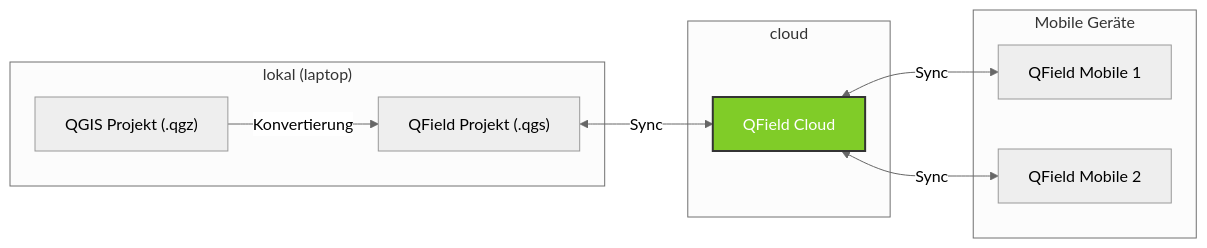
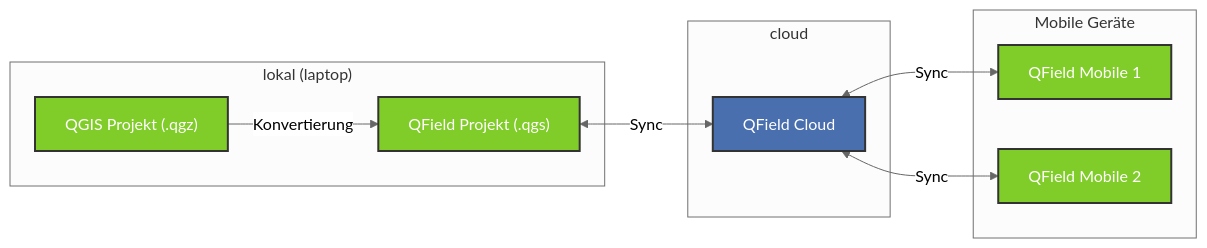
The diagram in synchronisierung.qmd (QField-ZHAW/QField-ZHAW.github.io), drawn with Mermaid (neutral theme) before and after one commit. The commit also changed other lines of this file and 1 other file, not shown here.

````diff
--- a/synchronisierung.qmd
+++ b/synchronisierung.qmd
@@ -11,21 +11,25 @@
 ```{mermaid}
 %%| label: fig-flow
 %%| fig-cap: "Grundsätzlicher Workflow und das Zusammenspiel von Laptop, Cloud und Mobile"
 flowchart LR
  subgraph lokal["lokal (laptop)"]
         A["QGIS Projekt (.qgz)"]
         B["QField Projekt (.qgs)"]
   end
  subgraph mobile["Mobile Geräte"]
         D["QField Mobile 1"]
         E["QField Mobile 2"]
   end
  subgraph cloud["cloud"]
         C["QField Cloud"]
   end
     A -- Konvertierung --> B
     B <-- Sync --> C
     C <-- Sync --> D
     C <-- Sync --> E
-    style C fill:#80cc28,stroke:#333,stroke-width:2px,color:#fff
+    style A fill:#80cc28,stroke:#333,stroke-width:2px,color:#fff
+    style B fill:#80cc28,stroke:#333,stroke-width:2px,color:#fff
+    style C fill:#4a6fae,stroke:#333,stroke-width:2px,color:#fff
+    style D fill:#80cc28,stroke:#333,stroke-width:2px,color:#fff
+    style E fill:#80cc28,stroke:#333,stroke-width:2px,color:#fff
 ```
````
